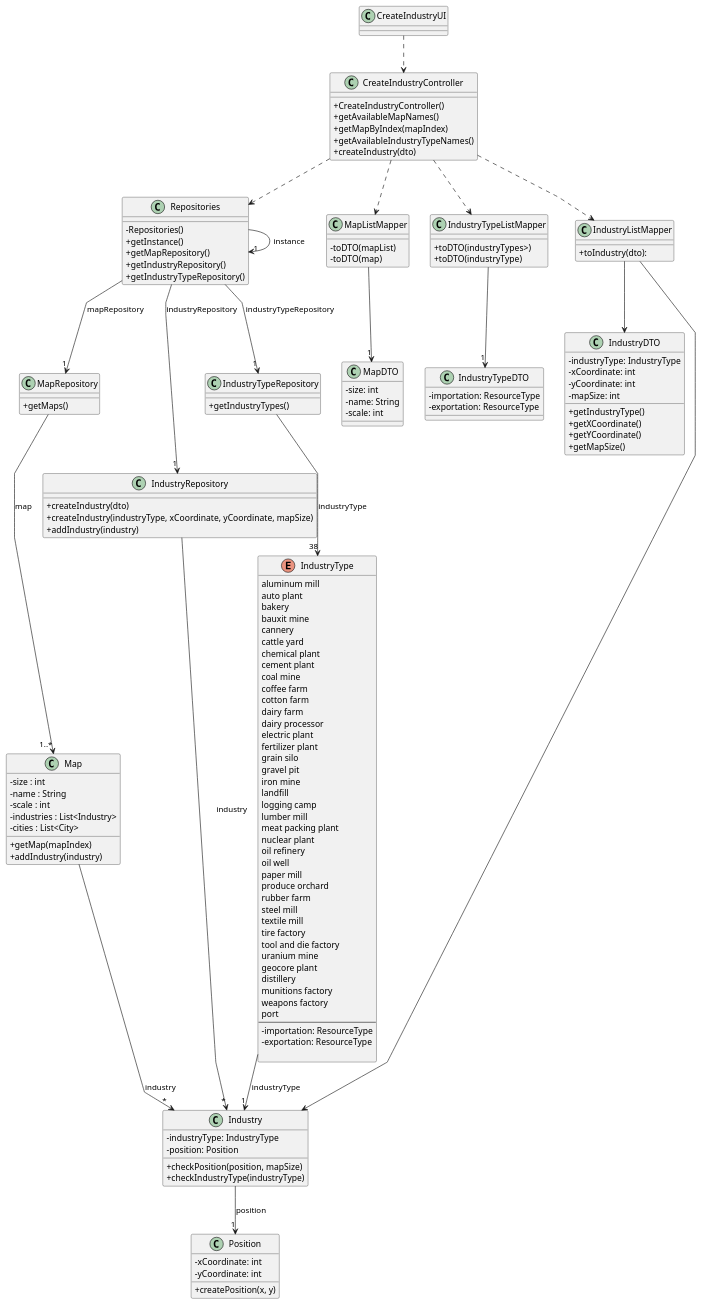
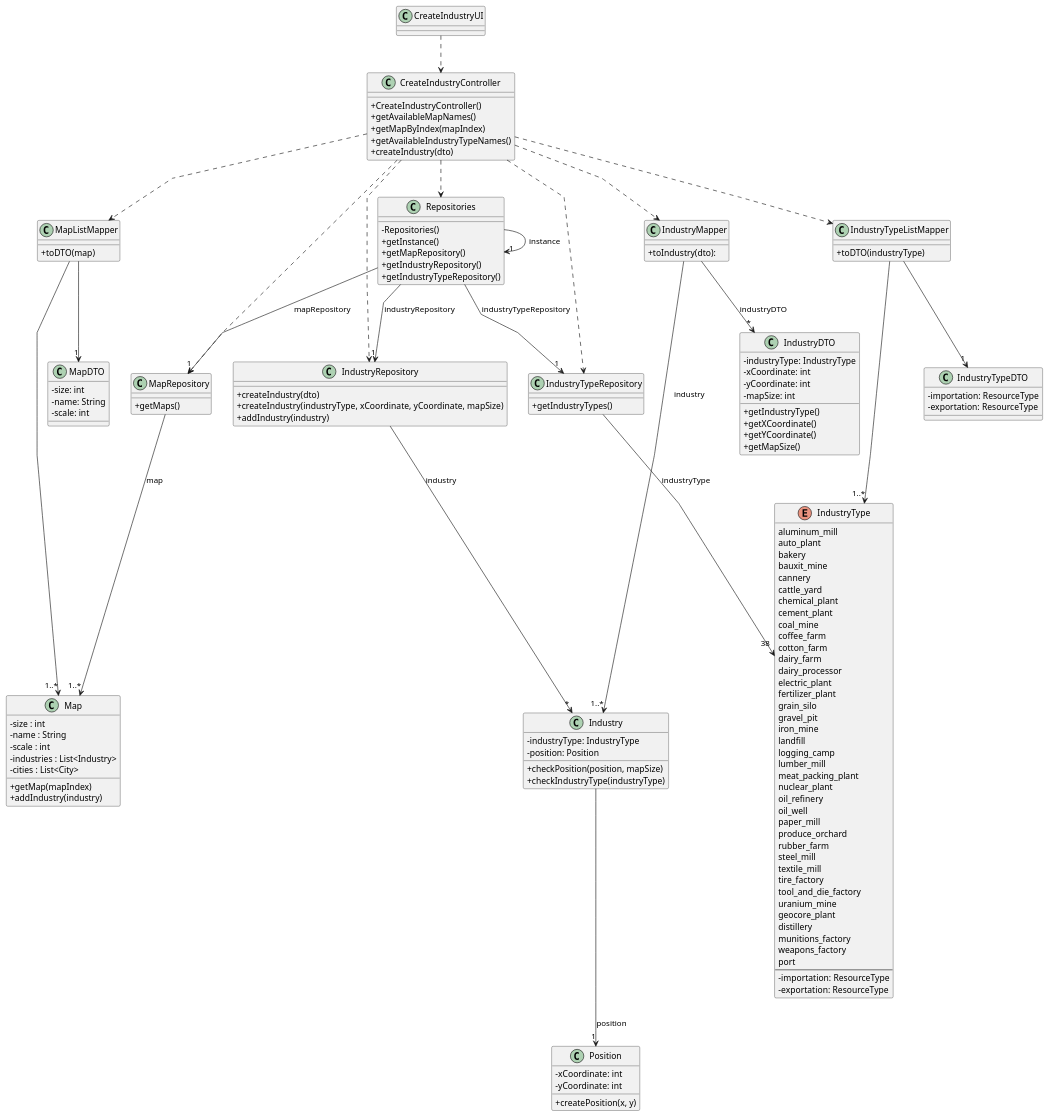
One commit to 1240935/pi2-railway-simulator changed the diagram in Sprint3/US002/03.design/puml/US002-CD.puml. Above: the diagram before and after it, drawn with PlantUML. The commit also changed 14 other files, not shown here.

```diff
--- a/Sprint3/US002/03.design/puml/US002-CD.puml
+++ b/Sprint3/US002/03.design/puml/US002-CD.puml
@@ -1,182 +1,177 @@
 @startuml
 'skinparam monochrome true
 skinparam packageStyle rectangle
 skinparam shadowing false
 skinparam linetype polyline
 'skinparam linetype orto
 
 skinparam classAttributeIconSize 0
 
 'left to right direction
 
 class CreateIndustryUI {
 }
 
 class CreateIndustryController {
   +CreateIndustryController()
   +getAvailableMapNames()
   +getMapByIndex(mapIndex)
   +getAvailableIndustryTypeNames()
   +createIndustry(dto)
 }
 
 class Repositories {
   -Repositories()
   +getInstance()
   +getMapRepository()
   +getIndustryRepository()
   +getIndustryTypeRepository()
 }
 
 class MapRepository {
   +getMaps()
 }
 
 class IndustryRepository {
   +createIndustry(dto)
   +createIndustry(industryType, xCoordinate, yCoordinate, mapSize)
   +addIndustry(industry)
 }
 
 class IndustryTypeRepository {
   +getIndustryTypes()
 }
 
 class MapListMapper {
-  -toDTO(mapList)
-  -toDTO(map)
+   +toDTO(map)
 }
 
 class IndustryTypeListMapper {
-  +toDTO(industryTypes>)
   +toDTO(industryType)
 }
 
-class IndustryListMapper {
+class IndustryMapper {
   +toIndustry(dto):
 }
 
 class MapDTO {
   -size: int
   -name: String
   -scale: int
 }
 
 class IndustryTypeDTO {
   -importation: ResourceType
   -exportation: ResourceType
 }
 
 class IndustryDTO {
   -industryType: IndustryType
   -xCoordinate: int
   -yCoordinate: int
   -mapSize: int
   +getIndustryType()
   +getXCoordinate()
   +getYCoordinate()
   +getMapSize()
 }
 
 class Map {
   - size : int
   - name : String
   - scale : int
   - industries : List<Industry>
   - cities : List<City>
   +getMap(mapIndex)
   +addIndustry(industry)
 }
 
 class Industry {
   -industryType: IndustryType
   -position: Position
   +checkPosition(position, mapSize)
   +checkIndustryType(industryType)
 }
 
  enum IndustryType{
-    aluminum mill
-    auto plant
+    aluminum_mill
+    auto_plant
     bakery
-    bauxit mine
+    bauxit_mine
     cannery
-    cattle yard
-    chemical plant
-    cement plant
-    coal mine
-    coffee farm
-    cotton farm
-    dairy farm
-    dairy processor
-    electric plant
-    fertilizer plant
-    grain silo
-    gravel pit
-    iron mine
+    cattle_yard
+    chemical_plant
+    cement_plant
+    coal_mine
+    coffee_farm
+    cotton_farm
+    dairy_farm
+    dairy_processor
+    electric_plant
+    fertilizer_plant
+    grain_silo
+    gravel_pit
+    iron_mine
     landfill
-    logging camp
-    lumber mill
-    meat packing plant
-    nuclear plant
-    oil refinery
-    oil well
-    paper mill
-    produce orchard
-    rubber farm
-    steel mill
-    textile mill
-    tire factory
-    tool and die factory
-    uranium mine
-    geocore plant
+    logging_camp
+    lumber_mill
+    meat_packing_plant
+    nuclear_plant
+    oil_refinery
+    oil_well
+    paper_mill
+    produce_orchard
+    rubber_farm
+    steel_mill
+    textile_mill
+    tire_factory
+    tool_and_die_factory
+    uranium_mine
+    geocore_plant
     distillery
-    munitions factory
-    weapons factory
+    munitions_factory
+    weapons_factory
     port
     --
     -importation: ResourceType
     -exportation: ResourceType
-
   }
 
 class Position {
   -xCoordinate: int
   -yCoordinate: int
   +createPosition(x, y)
 }
 
-' Associations
 CreateIndustryUI ..> CreateIndustryController
 
 CreateIndustryController ..> Repositories
+CreateIndustryController ..> MapListMapper
+CreateIndustryController ..> IndustryTypeRepository
+CreateIndustryController ..> MapRepository
+CreateIndustryController ..> IndustryRepository
+CreateIndustryController ..> IndustryTypeListMapper
+CreateIndustryController ..> IndustryMapper
 
 Repositories -> "1" Repositories : instance
 Repositories --> "1" MapRepository: mapRepository
 Repositories --> "1" IndustryRepository: industryRepository
 Repositories --> "1" IndustryTypeRepository: industryTypeRepository
 
-CreateIndustryController ..> MapListMapper
-
 MapListMapper --> "1" MapDTO
-
-CreateIndustryController ..> IndustryTypeListMapper
+MapListMapper --> "1..*" Map
 
 IndustryTypeListMapper --> "1" IndustryTypeDTO
+IndustryTypeListMapper --> "1..*" IndustryType
 
-CreateIndustryController ..> IndustryListMapper
-
-IndustryListMapper --> Industry
-
-IndustryListMapper --> IndustryDTO
+IndustryMapper --> "1..*" Industry: industry
+IndustryMapper --> "*" IndustryDTO: industryDTO
 
 Industry --> "1" Position: position
 
 IndustryTypeRepository --> "38" IndustryType: industryType
 MapRepository --> "1..*" Map: map
-IndustryType --> "1" Industry: industryType
 
 IndustryRepository --> "*" Industry: industry
-Map --> "*" Industry: industry
 
 @enduml
```
